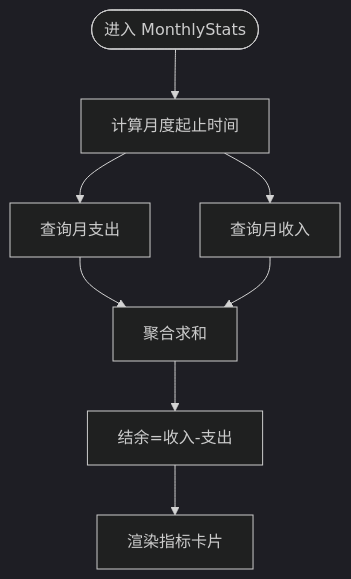
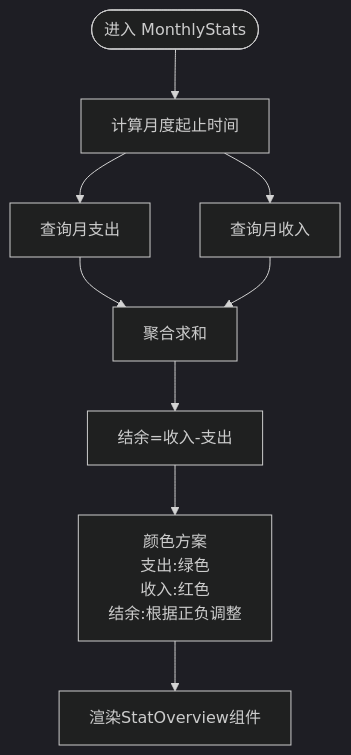
One commit to xiao-lin-unit/yuan changed the fourth of 8 diagrams in .qoder/repowiki/zh/content/支出管理/支出统计分析.md. Above: the diagram before and after it, drawn with Mermaid (dark theme). The commit also changed other lines of this file and 14 other files, not shown here.

````diff
--- a/.qoder/repowiki/zh/content/支出管理/支出统计分析.md
+++ b/.qoder/repowiki/zh/content/支出管理/支出统计分析.md
@@ -188,10 +196,11 @@
 ```mermaid
 flowchart TD
 Enter(["进入 MonthlyStats"]) --> Range["计算月度起止时间"]
 Range --> QueryExpense["查询月支出"]
 Range --> QueryIncome["查询月收入"]
 QueryExpense --> Sum["聚合求和"]
 QueryIncome --> Sum
 Sum --> Balance["结余=收入-支出"]
-Balance --> Render["渲染指标卡片"]
+Balance --> ColorScheme["颜色方案<br/>支出:绿色<br/>收入:红色<br/>结余:根据正负调整"]
+ColorScheme --> Render["渲染StatOverview组件"]
 ```
````
